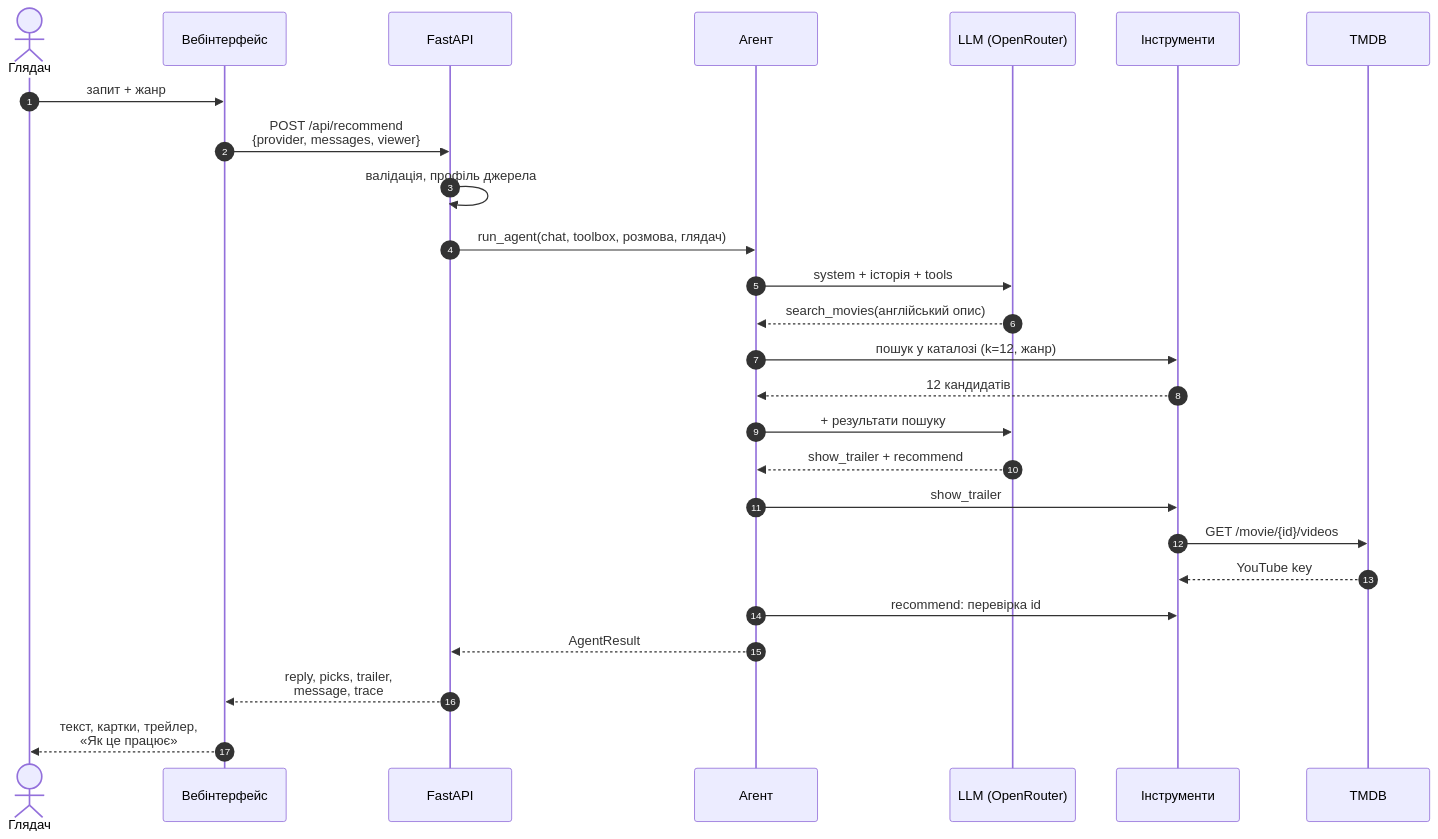
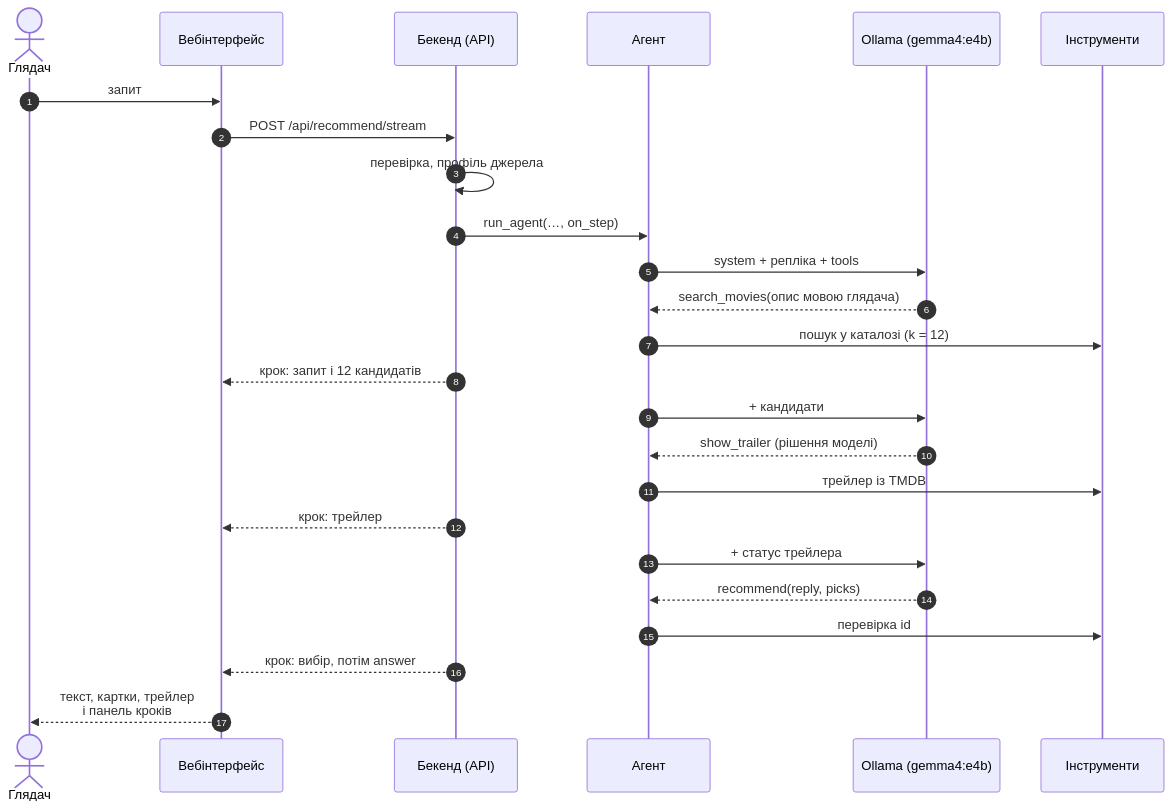
The third of 4 diagrams in docs/05-e2e-workflow.md (woldemarg/movie_rs), drawn with Mermaid before and after one commit. The commit also changed other lines of this file and 15 other files, not shown here.

````diff
--- a/docs/05-e2e-workflow.md
+++ b/docs/05-e2e-workflow.md
@@ -98,29 +100,28 @@
 ```mermaid
 sequenceDiagram
     autonumber
     actor V as Глядач
     participant UI as Вебінтерфейс
-    participant API as FastAPI
+    participant API as Бекенд (API)
     participant AG as Агент
-    participant LLM as LLM (OpenRouter)
+    participant LLM as Ollama (gemma4:e4b)
     participant TB as Інструменти
-    participant D as TMDB
 
-    V->>UI: запит + жанр
-    UI->>API: POST /api/recommend<br/>{provider, messages, viewer}
-    API->>API: валідація, профіль джерела
-    API->>AG: run_agent(chat, toolbox, розмова, глядач)
-    AG->>LLM: system + історія + tools
-    LLM-->>AG: search_movies(англійський опис)
-    AG->>TB: пошук у каталозі (k=12, жанр)
-    TB-->>AG: 12 кандидатів
-    AG->>LLM: + результати пошуку
-    LLM-->>AG: show_trailer + recommend
-    AG->>TB: show_trailer
-    TB->>D: GET /movie/{id}/videos
-    D-->>TB: YouTube key
-    AG->>TB: recommend: перевірка id
-    AG-->>API: AgentResult
-    API-->>UI: reply, picks, trailer,<br/>message, trace
-    UI-->>V: текст, картки, трейлер,<br/>«Як це працює»
+    V->>UI: запит
+    UI->>API: POST /api/recommend/stream
+    API->>API: перевірка, профіль джерела
+    API->>AG: run_agent(…, on_step)
+    AG->>LLM: system + репліка + tools
+    LLM-->>AG: search_movies(опис мовою глядача)
+    AG->>TB: пошук у каталозі (k = 12)
+    API-->>UI: крок: запит і 12 кандидатів
+    AG->>LLM: + кандидати
+    LLM-->>AG: show_trailer (рішення моделі)
+    AG->>TB: трейлер із TMDB
+    API-->>UI: крок: трейлер
+    AG->>LLM: + статус трейлера
+    LLM-->>AG: recommend(reply, picks)
+    AG->>TB: перевірка id
+    API-->>UI: крок: вибір, потім answer
+    UI-->>V: текст, картки, трейлер<br/>і панель кроків
 ```
````
